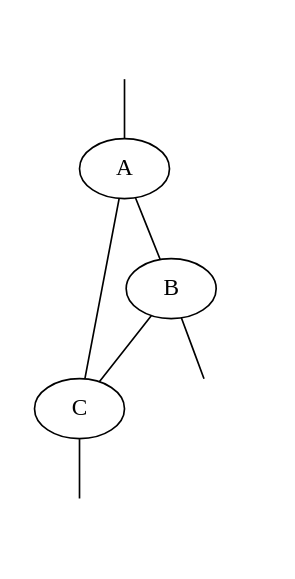
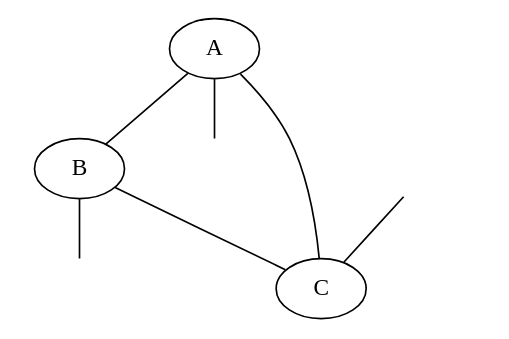
Before and after one commit to Fink-Nic/tropnis: the diagram in gl_files/dot_files/triangle_processed.dot, drawn with Graphviz. The commit also changed 10 other files, not shown here.

```diff
--- a/gl_files/dot_files/triangle_processed.dot
+++ b/gl_files/dot_files/triangle_processed.dot
@@ -1,18 +1,18 @@
 digraph scalar_box{
     num = "1";
     overall_factor = "1";
     projector = "1";
 
 	A [dod=0 int_id=V_3_SCALAR_011 num="UFO::SCALAR_COUPLING"];
 	B [dod=0 int_id=V_3_SCALAR_011 num="UFO::SCALAR_COUPLING"];
 	C [dod=0 int_id=V_3_SCALAR_011 num="UFO::SCALAR_COUPLING"];
 	exte0	 [style=invis];
-	exte0	-> A:1	 [id=0 dir=none sink=0  dod=-2 is_dummy=false lmb_rep="P(1,a___)" name=e0 num="1𝑖" particle="scalar_0"];
+	A:0 -> exte0	 [id=0 dir=none source=0  dod=-2 is_dummy=false lmb_rep="P(1,a___)" name=e0 num="1𝑖" particle="scalar_0"];
 	exte1	 [style=invis];
-	B:2	-> exte1	 [id=1 dir=none source=0  dod=-2 is_dummy=false lmb_rep="-P(2,a___)" name=e1 num="1𝑖" particle="scalar_0"];
+	B:1	-> exte1	 [id=1 dir=none source=0  dod=-2 is_dummy=false lmb_rep="-P(2,a___)" name=e1 num="1𝑖" particle="scalar_0"];
 	exte2	 [style=invis];
-	C:0	-> exte2	 [id=2 dir=none source=0  dod=-2 is_dummy=false lmb_rep="P(1,a___)-P(2,a___)" name=e2 num="1𝑖" particle="scalar_0"];
+	exte2 -> C:2	 [id=2 dir=none sink=0  dod=-2 is_dummy=false lmb_rep="P(1,a___)-P(2,a___)" name=e2 num="1𝑖" particle="scalar_0"];
 	C:8	-> A:9	 [id=5 dir=none source=2 sink=1  dod=-2 is_dummy=false lmb_id=0 lmb_rep="K(0,a___)" name=e5 num="1" particle="scalar_1"];
 	A:4	-> B:5	 [id=3 dir=none source=1 sink=1  dod=-2 is_dummy=false lmb_rep="-P(2,a___)+K(0,a___)" name=e3 num="1" particle="scalar_1"];
 	B:6	-> C:7	 [id=4 dir=none source=2 sink=1  dod=-2 is_dummy=false lmb_rep="P(1,a___)+K(0,a___)" name=e4 num="1" particle="scalar_1"];
 }
```
